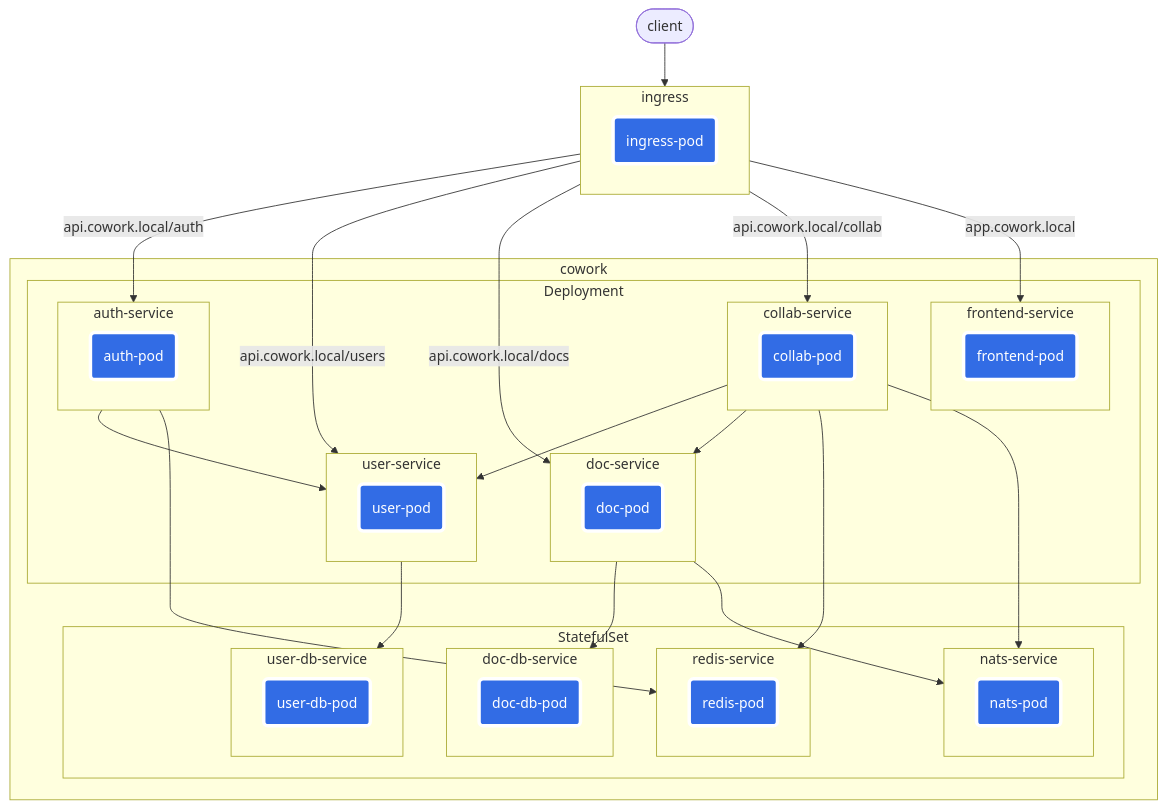
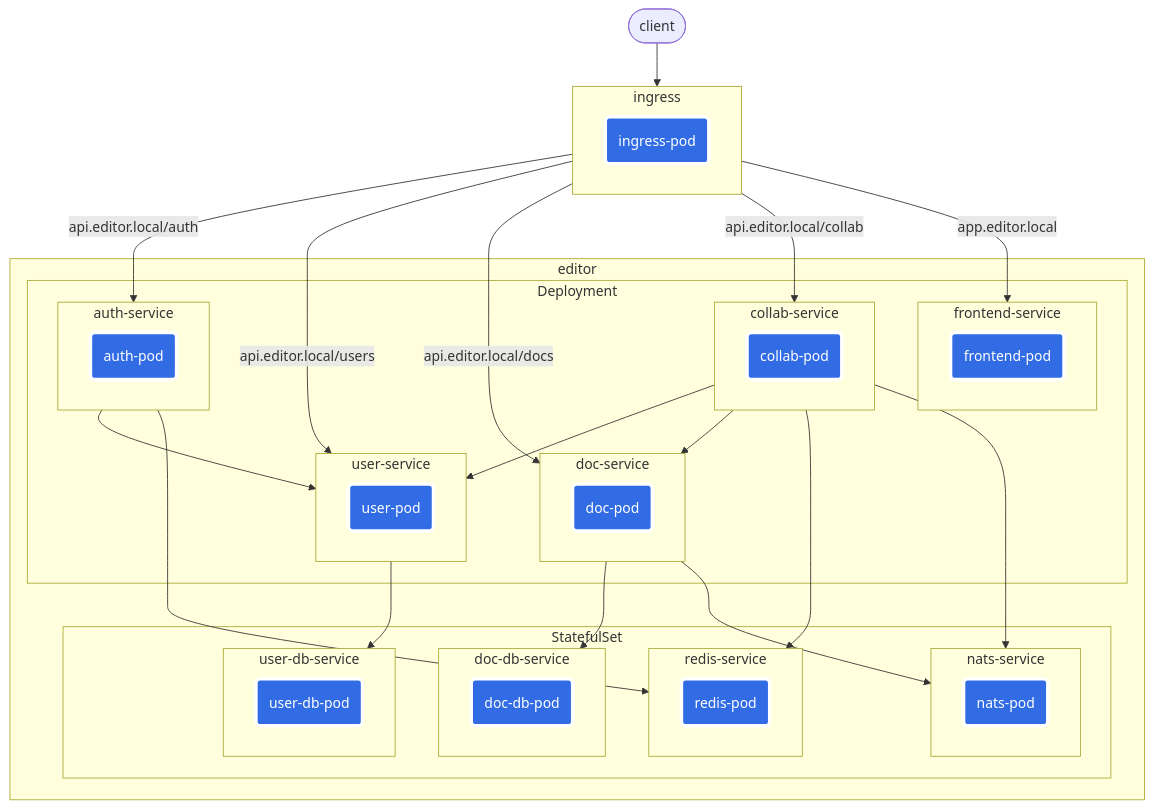
Before and after one commit to shiroyk/cowork: the diagram in README.md, drawn with Mermaid. The commit also changed other lines of this file and 155 other files, not shown here.

````diff
--- a/README.md
+++ b/README.md
@@ -5,55 +5,55 @@
 ```mermaid
 graph TB
 classDef pod fill:#326ce5,stroke:#fff,stroke-width:4px,color:#fff;
 client([client]) --> ingress
 subgraph ingress
     ingress-pod(ingress-pod):::pod
 end
-subgraph cowork
+subgraph editor
     subgraph Deployment
         subgraph auth-service
             auth-pod(auth-pod):::pod
         end
         subgraph user-service
             user-pod(user-pod):::pod
         end
         subgraph doc-service
             doc-pod(doc-pod):::pod
         end
         subgraph collab-service
             collab-pod(collab-pod):::pod
         end
         subgraph frontend-service
             frontend-pod(frontend-pod):::pod
         end
     end
     subgraph StatefulSet
         subgraph redis-service
             redis-pod(redis-pod):::pod
         end
         subgraph nats-service
             nats-pod(nats-pod):::pod
         end
         subgraph user-db-service
             user-db-pod(user-db-pod):::pod
         end
         subgraph doc-db-service
             doc-db-pod(doc-db-pod):::pod
         end
     end
     user-service --> user-db-service
     auth-service --> user-service
     collab-service --> user-service
     doc-service --> doc-db-service
     collab-service --> doc-service
     doc-service --> nats-service
     auth-service --> redis-service
     collab-service --> redis-service
     collab-service --> nats-service
 end
-ingress -- api.cowork.local/auth --> auth-service
-ingress -- api.cowork.local/users --> user-service
-ingress -- api.cowork.local/docs --> doc-service
-ingress -- api.cowork.local/collab --> collab-service
-ingress -- app.cowork.local --> frontend-service
+ingress -- api.editor.local/auth --> auth-service
+ingress -- api.editor.local/users --> user-service
+ingress -- api.editor.local/docs --> doc-service
+ingress -- api.editor.local/collab --> collab-service
+ingress -- app.editor.local --> frontend-service
 ```
````
